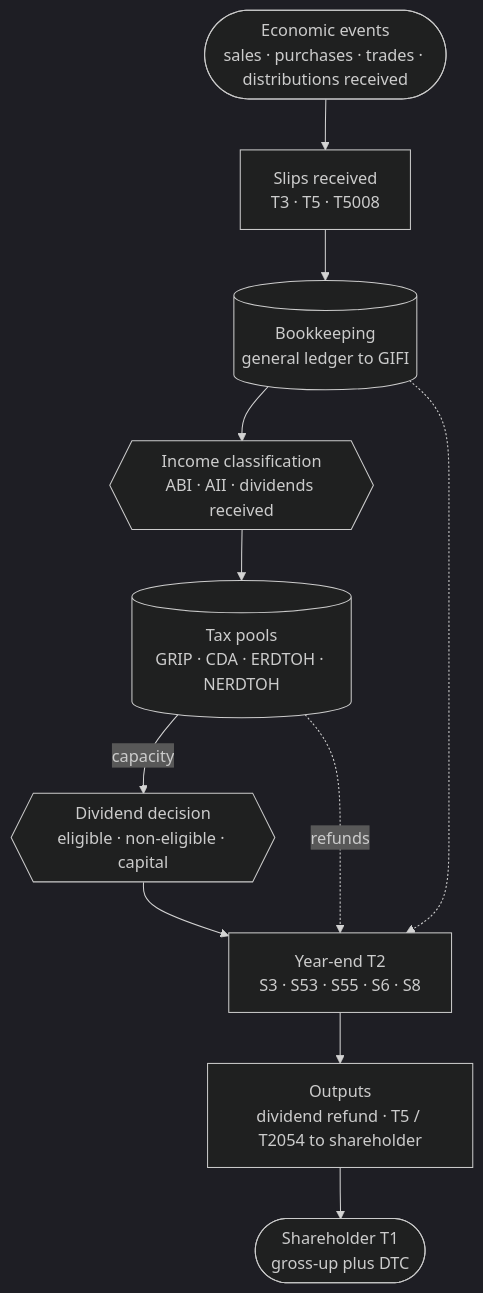
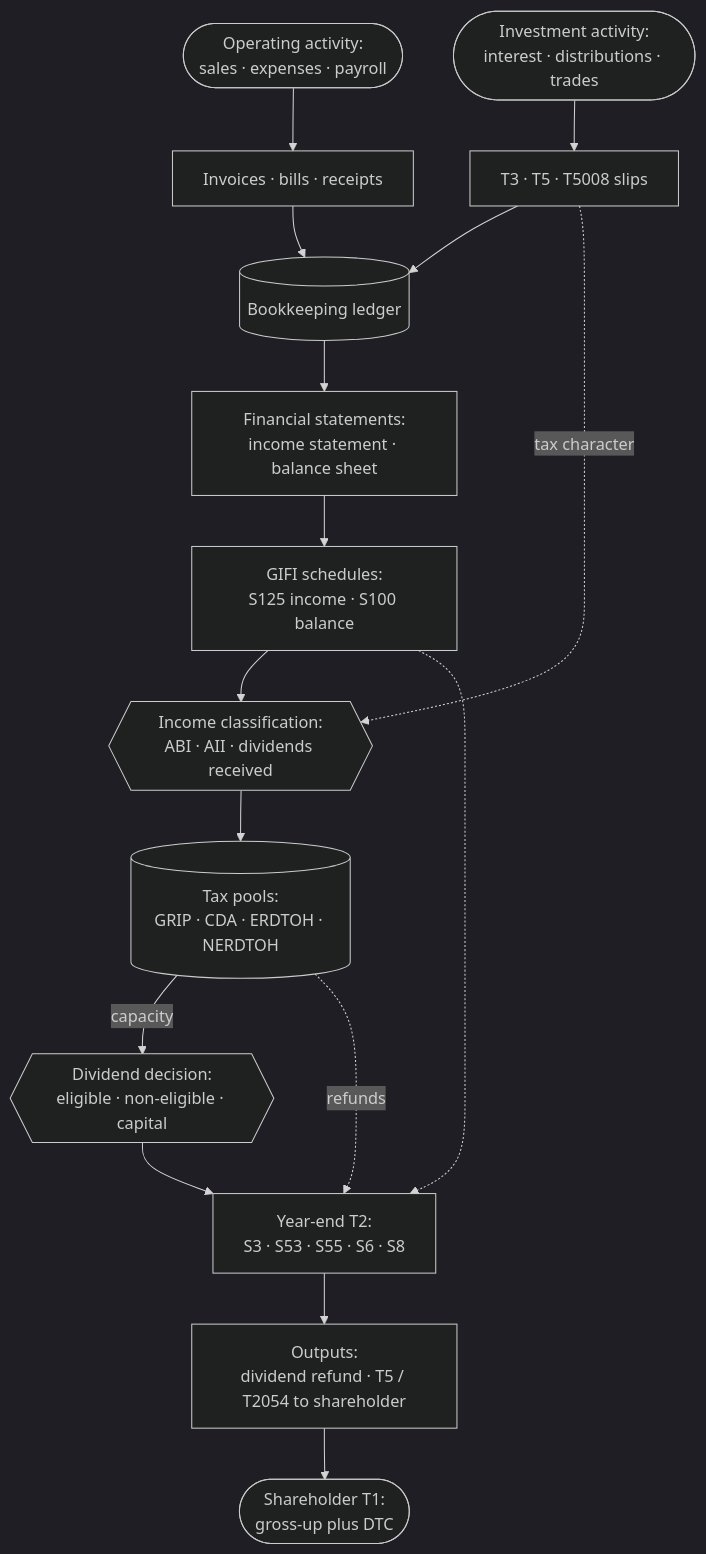
The first of 4 diagrams in guide/Concept-Map.md (alexoooo/canadian-corp-info), drawn with Mermaid (dark theme) before and after one commit. The commit also changed other lines of this file, not shown here.

````diff
--- a/guide/Concept-Map.md
+++ b/guide/Concept-Map.md
@@ -34,18 +31,25 @@
 ```mermaid
 flowchart TB
-    EV([Economic events<br/>sales · purchases · trades · distributions received])
-    DOC[Slips received<br/>T3 · T5 · T5008]
-    GL[(Bookkeeping<br/>general ledger to GIFI)]
-    CLASS{{Income classification<br/>ABI · AII · dividends received}}
-    POOLS[(Tax pools<br/>GRIP · CDA · ERDTOH · NERDTOH)]
-    DEC{{Dividend decision<br/>eligible · non-eligible · capital}}
-    T2[Year-end T2<br/>S3 · S53 · S55 · S6 · S8]
-    OUT[Outputs<br/>dividend refund · T5 / T2054 to shareholder]
-    T1([Shareholder T1<br/>gross-up plus DTC])
+    OPS(["Operating activity:<br/>sales · expenses · payroll"])
+    INV(["Investment activity:<br/>interest · distributions · trades"])
+    BILLS["Invoices · bills · receipts"]
+    DOC["T3 · T5 · T5008 slips"]
+    GL[("Bookkeeping ledger")]
+    FS["Financial statements:<br/>income statement · balance sheet"]
+    GIFI["GIFI schedules:<br/>S125 income · S100 balance"]
+    CLASS{{"Income classification:<br/>ABI · AII · dividends received"}}
+    POOLS[("Tax pools:<br/>GRIP · CDA · ERDTOH · NERDTOH")]
+    DEC{{"Dividend decision:<br/>eligible · non-eligible · capital"}}
+    T2["Year-end T2:<br/>S3 · S53 · S55 · S6 · S8"]
+    OUT["Outputs:<br/>dividend refund · T5 / T2054 to shareholder"]
+    T1(["Shareholder T1:<br/>gross-up plus DTC"])
 
-    EV --> DOC --> GL --> CLASS --> POOLS
+    OPS --> BILLS --> GL
+    INV --> DOC --> GL
+    GL --> FS --> GIFI --> CLASS --> POOLS
+    DOC -.->|tax character| CLASS
     POOLS -->|capacity| DEC
     DEC --> T2 --> OUT --> T1
-    GL -.-> T2
+    GIFI -.-> T2
     POOLS -.->|refunds| T2
 ```
````
